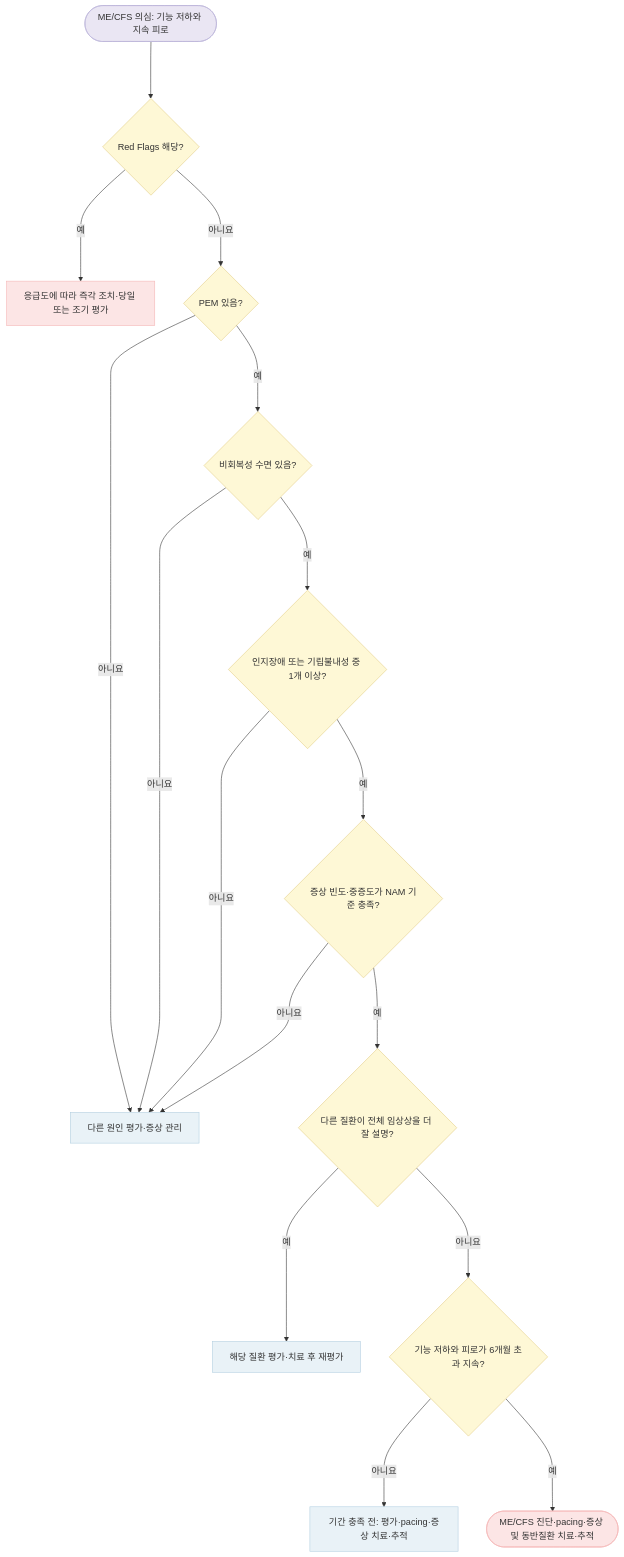
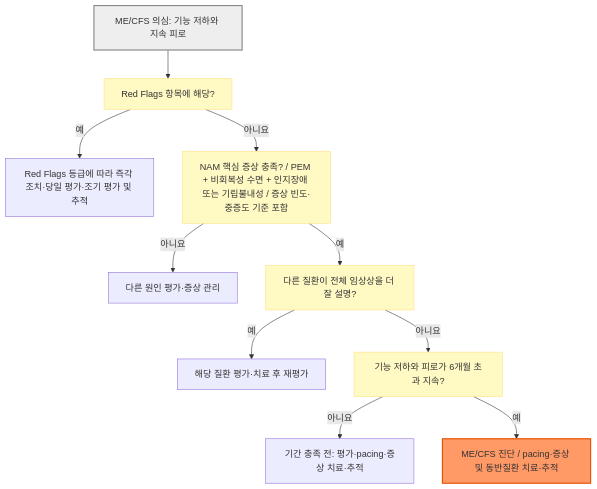
One commit to familyoh77/familyoh77 changed the diagram in 230_/194_-cfs.md. Above: the diagram before and after it, drawn with Mermaid. The commit also changed other lines of this file and 16 other files, not shown here.

````diff
--- a/230_/194_-cfs.md
+++ b/230_/194_-cfs.md
@@ -186,28 +173,17 @@
 ```mermaid
 flowchart TD
-    A(["ME/CFS 의심: 기능 저하와 지속 피로"]) ---> R{"Red Flags 해당?"}
-    R -- "예" ---> U["응급도에 따라 즉각 조치·당일 또는 조기 평가"]
-    R -- "아니요" ---> C{"PEM 있음?"}
-    C -- "아니요" ---> X["다른 원인 평가·증상 관리"]
-    C -- "예" ---> D{"비회복성 수면 있음?"}
-    D -- "아니요" ---> X
-    D -- "예" ---> E{"인지장애 또는 기립불내성 중 1개 이상?"}
-    E -- "아니요" ---> X
-    E -- "예" ---> F{"증상 빈도·중증도가 NAM 기준 충족?"}
-    F -- "아니요" ---> X
-    F -- "예" ---> I{"다른 질환이 전체 임상상을 더 잘 설명?"}
-    I -- "예" ---> J["해당 질환 평가·치료 후 재평가"]
-    I -- "아니요" ---> G{"기능 저하와 피로가 6개월 초과 지속?"}
-    G -- "아니요" ---> H["기간 충족 전: 평가·pacing·증상 치료·추적"]
-    G -- "예" ---> K(["ME/CFS 진단·pacing·증상 및 동반질환 치료·추적"])
+    A["ME/CFS 의심: 기능 저하와 지속 피로"] --> R["Red Flags 항목에 해당?"]
+    R -- "예" --> U["Red Flags 등급에 따라 즉각 조치·당일 평가·조기 평가 및 추적"]
+    R -- "아니요" --> C["NAM 핵심 증상 충족? / PEM + 비회복성 수면 + 인지장애 또는 기립불내성 / 증상 빈도·중증도 기준 포함"]
+    C -- "아니요" --> X["다른 원인 평가·증상 관리"]
+    C -- "예" --> I["다른 질환이 전체 임상상을 더 잘 설명?"]
+    I -- "예" --> J["해당 질환 평가·치료 후 재평가"]
+    I -- "아니요" --> G["기능 저하와 피로가 6개월 초과 지속?"]
+    G -- "아니요" --> H["기간 충족 전: 평가·pacing·증상 치료·추적"]
+    G -- "예" --> K["ME/CFS 진단 / pacing·증상 및 동반질환 치료·추적"]
 
-    classDef startNode fill:#EAE6F3,stroke:#BCB5DA,stroke-width:1px;
-    classDef yellowNode fill:#FEF8D6,stroke:#E3CE85,stroke-width:1px;
-    classDef blueNode fill:#E9F2F7,stroke:#B2CFE0,stroke-width:1px;
-    classDef pinkNode fill:#FCE5E5,stroke:#F4B6B6,stroke-width:1px;
-
-    class A startNode;
-    class R,C,D,E,F,G,I yellowNode;
-    class X,H,J blueNode;
-    class U,K pinkNode;
+    classDef question fill:#fff9c4,stroke:#ffe082
+    class R,C,I,G question
+    style A fill:#eeeeee,stroke:#888888,stroke-width:2px
+    style K fill:#f96,stroke:#e65100,stroke-width:2px
 ```
````
